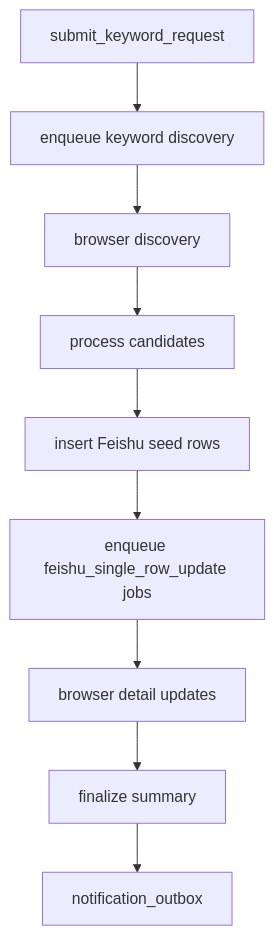
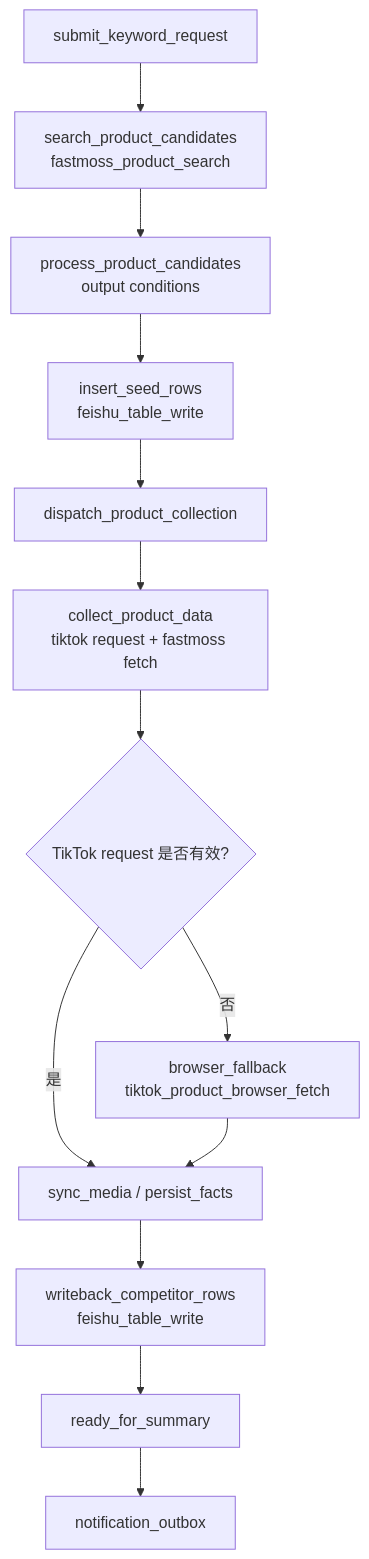
The fourth of 6 diagrams in docs/arch/workflow-redesign-review.md (knighterrantsky/mujitask), drawn with Mermaid before and after one commit. The commit also changed other lines of this file and 53 other files, not shown here.

````diff
--- a/docs/arch/workflow-redesign-review.md
+++ b/docs/arch/workflow-redesign-review.md
@@ -259,11 +408,15 @@
 ```mermaid
 flowchart TD
-    A["submit_keyword_request"] --> B["enqueue keyword discovery"]
-    B --> C["browser discovery"]
-    C --> D["process candidates"]
-    D --> E["insert Feishu seed rows"]
-    E --> F["enqueue feishu_single_row_update jobs"]
-    F --> G["browser detail updates"]
-    G --> H["finalize summary"]
-    H --> I["notification_outbox"]
+    A["submit_keyword_request"] --> B["search_product_candidates<br/>fastmoss_product_search"]
+    B --> C["process_product_candidates<br/>output conditions"]
+    C --> D["insert_seed_rows<br/>feishu_table_write"]
+    D --> E["dispatch_product_collection"]
+    E --> F["collect_product_data<br/>tiktok request + fastmoss fetch"]
+    F --> G{"TikTok request 是否有效?"}
+    G -->|否| H["browser_fallback<br/>tiktok_product_browser_fetch"]
+    G -->|是| I["sync_media / persist_facts"]
+    H --> I
+    I --> J["writeback_competitor_rows<br/>feishu_table_write"]
+    J --> K["ready_for_summary"]
+    K --> L["notification_outbox"]
 ```
````
